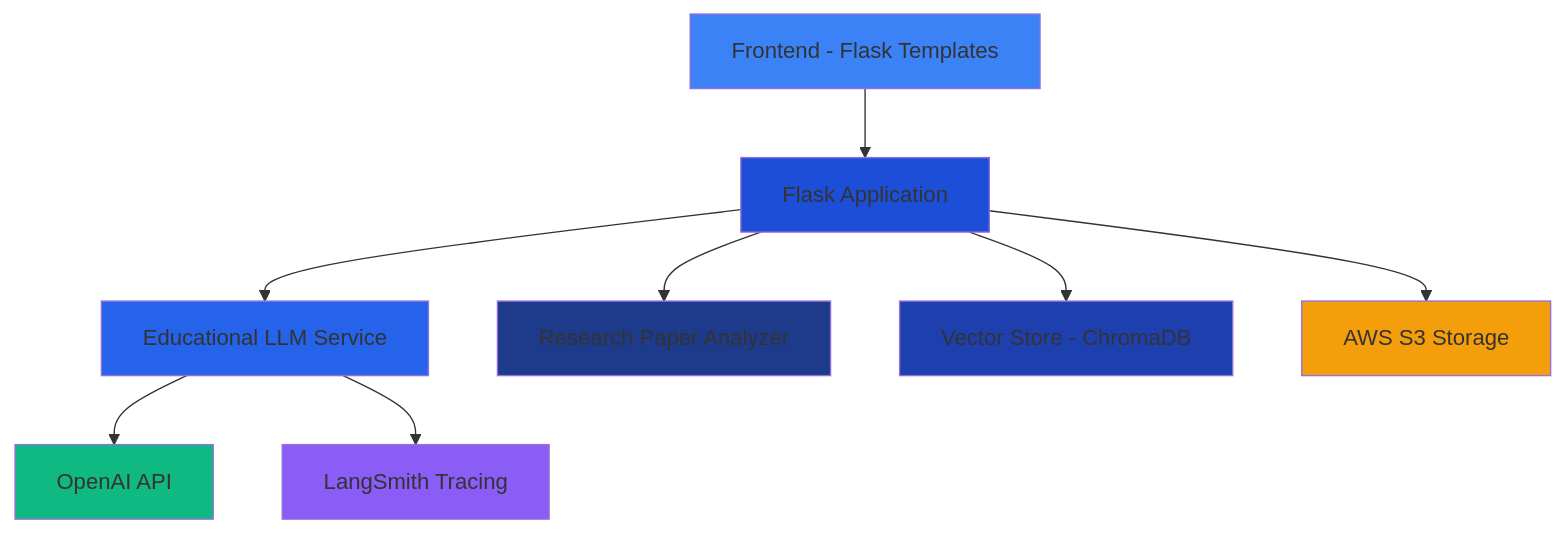
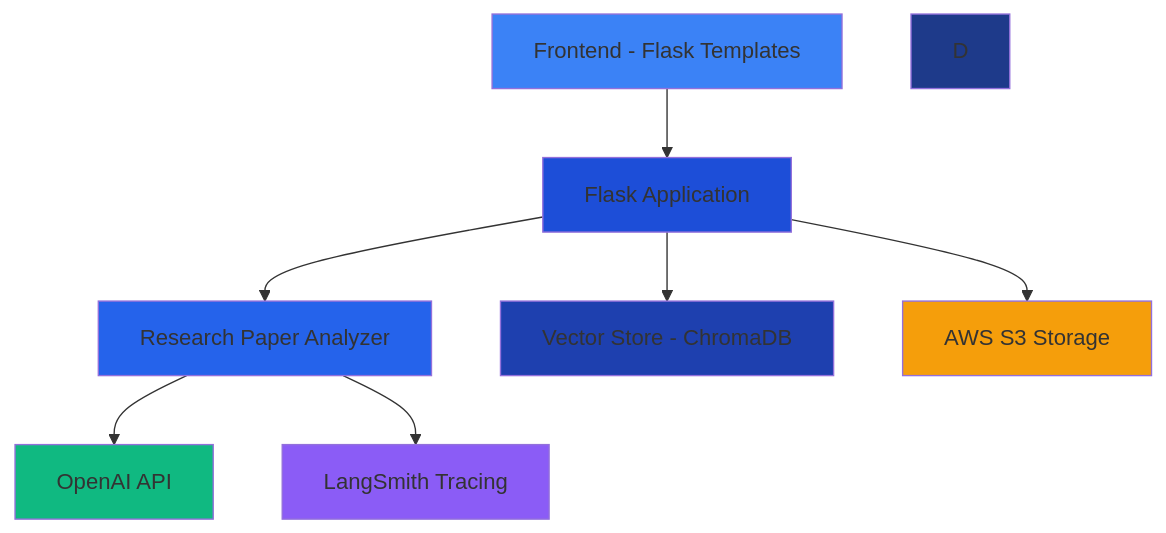
The diagram in README.md (rashmithahansamal/RAG-KMS), drawn with Mermaid before and after one commit.

Commit message:
Fix diagram to correctly label Research Paper Analyzer

````diff
--- a/README.md
+++ b/README.md
@@ -53,19 +53,18 @@
 ```mermaid
 graph TB
     A[Frontend - Flask Templates] --> B[Flask Application]
-    B --> C[Educational LLM Service]
-    B --> D[Research Paper Analyzer]
+    B --> C[Research Paper Analyzer]
     B --> E[Vector Store - ChromaDB]
     B --> F[AWS S3 Storage]
     C --> G[OpenAI API]
     C --> H[LangSmith Tracing]
     
     style A fill:#3b82f6
     style B fill:#1d4ed8
     style C fill:#2563eb
     style D fill:#1e3a8a
     style E fill:#1e40af
     style F fill:#f59e0b
     style G fill:#10b981
     style H fill:#8b5cf6
 ```
````
